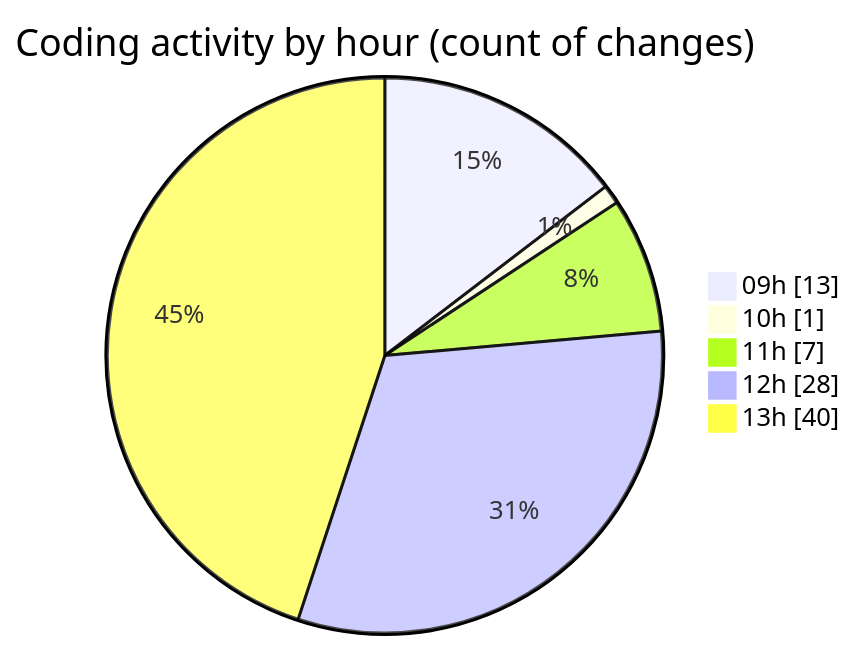
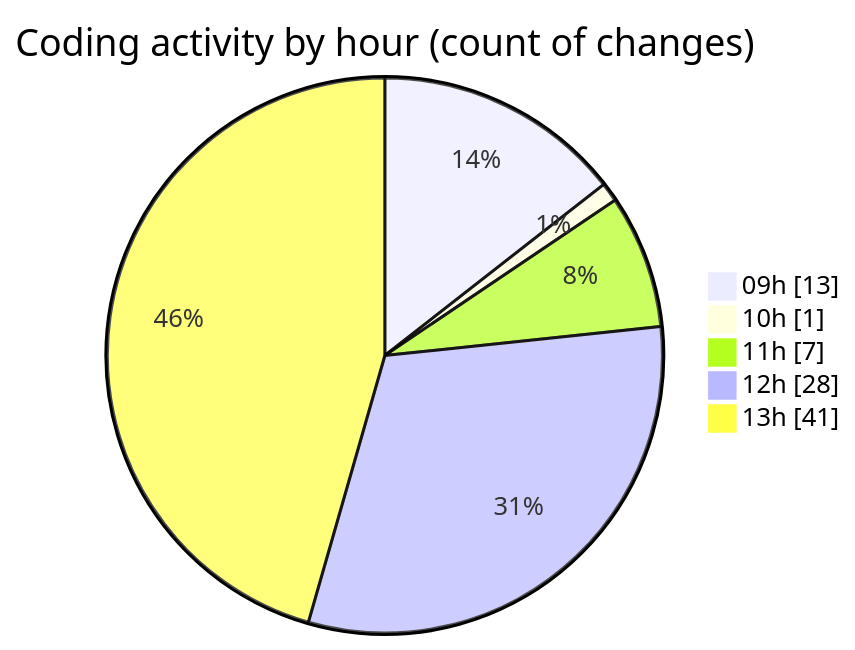
The second of 2 diagrams in 2025-05-12/cda/README.md (momahboobian/code-tracking), drawn with Mermaid before and after one commit. The commit also changed other lines of this file and 1 other file, not shown here.

````diff
--- a/2025-05-12/cda/README.md
+++ b/2025-05-12/cda/README.md
@@ -41,9 +41,9 @@
 ```mermaid
 pie showData
 title Coding activity by hour (count of changes)
 "09h" : 13
 "10h" : 1
 "11h" : 7
 "12h" : 28
-"13h" : 40
+"13h" : 41
 ```
````
